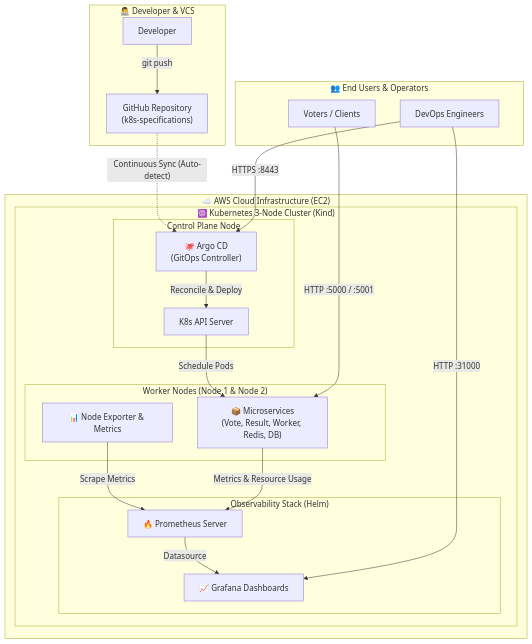
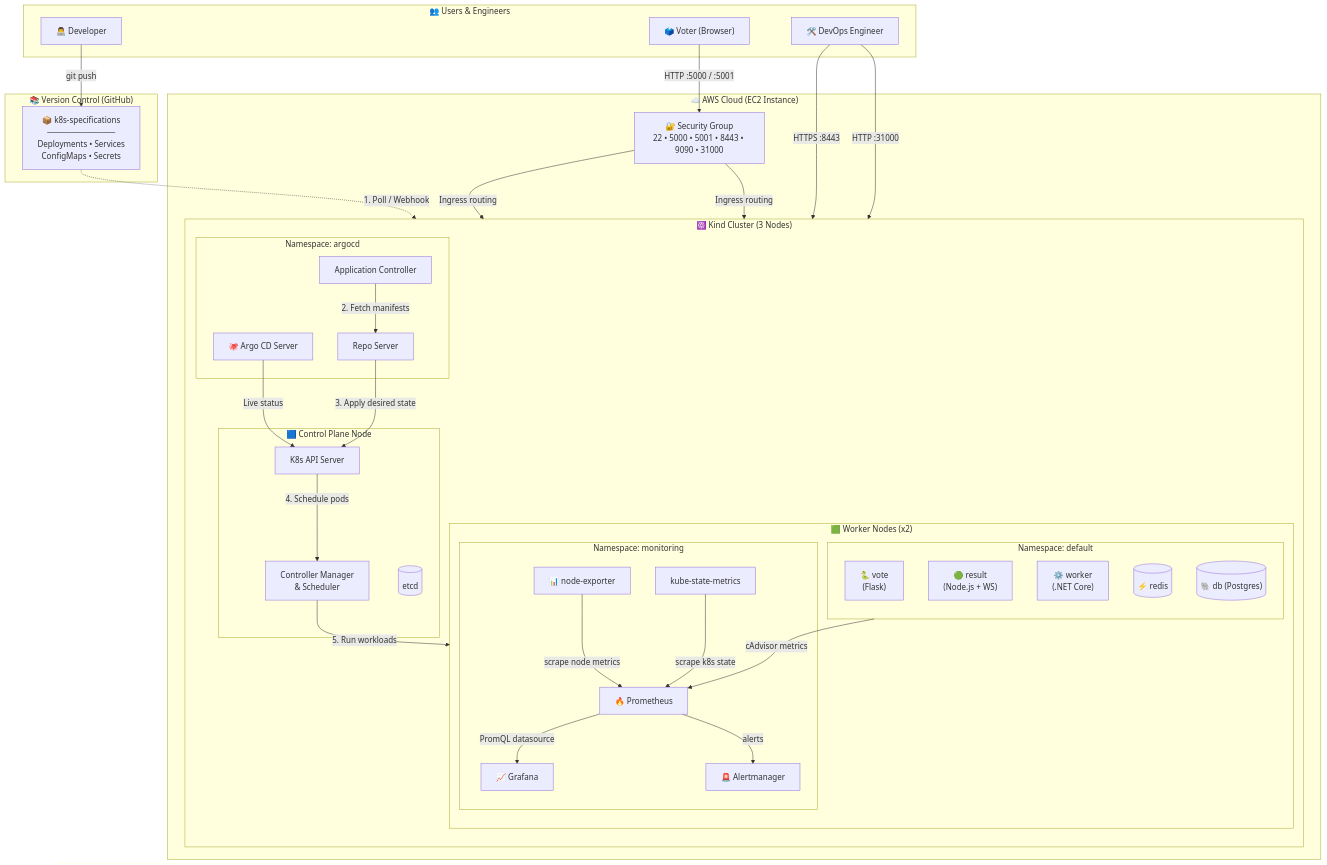
One commit to ankushp965/Voting-App-ArgoCD-Project changed the first of 5 diagrams in README.md. Above: the diagram before and after it, drawn with Mermaid. The commit also changed other lines of this file, not shown here.

````diff
--- a/README.md
+++ b/README.md
@@ -17,45 +48,75 @@
 ```mermaid
 flowchart TB
-    subgraph Developer["👨‍💻 Developer & VCS"]
-        Dev["Developer"] -->|"git push"| GitRepo["GitHub Repository<br/>(k8s-specifications)"]
+    %% ===== External Actors =====
+    subgraph Actors["👥 Users & Engineers"]
+        Dev["👨‍💻 Developer"]
+        Voter["🗳️ Voter (Browser)"]
+        Ops["🛠️ DevOps Engineer"]
     end
 
-    subgraph AWS["☁️ AWS Cloud Infrastructure (EC2)"]
-        subgraph KindCluster["☸️ Kubernetes 3-Node Cluster (Kind)"]
-            subgraph ControlPlane["Control Plane Node"]
-                ArgoCD["🐙 Argo CD<br/>(GitOps Controller)"]
-                APIServer["K8s API Server"]
+    %% ===== Source Control =====
+    subgraph VCS["📚 Version Control (GitHub)"]
+        Repo["📦 k8s-specifications<br/>────────────<br/>Deployments • Services<br/>ConfigMaps • Secrets"]
+    end
+
+    %% ===== AWS Cloud =====
+    subgraph AWS["☁️ AWS Cloud (EC2 Instance)"]
+        SG["🔐 Security Group<br/>22 • 5000 • 5001 • 8443 • 9090 • 31000"]
+
+        subgraph Kind["☸️ Kind Cluster (3 Nodes)"]
+            direction TB
+
+            subgraph CP["🟦 Control Plane Node"]
+                API["K8s API Server"]
+                ETCD[("etcd")]
+                CTRL["Controller Manager<br/>& Scheduler"]
             end
 
-            subgraph WorkerNodes["Worker Nodes (Node 1 & Node 2)"]
-                Apps["📦 Microservices<br/>(Vote, Result, Worker, Redis, DB)"]
-                NodeExporter["📊 Node Exporter & Metrics"]
+            subgraph Workers["🟩 Worker Nodes (x2)"]
+                subgraph AppNS["Namespace: default"]
+                    Vote["🐍 vote<br/>(Flask)"]
+                    Result["🟢 result<br/>(Node.js + WS)"]
+                    Worker["⚙️ worker<br/>(.NET Core)"]
+                    Redis[("⚡ redis")]
+                    PG[("🐘 db (Postgres)")]
+                end
+
+                subgraph MonNS["Namespace: monitoring"]
+                    Prom["🔥 Prometheus"]
+                    Graf["📈 Grafana"]
+                    KSM["kube-state-metrics"]
+                    NE["📊 node-exporter"]
+                    AM["🚨 Alertmanager"]
+                end
             end
 
-            subgraph Monitoring["Observability Stack (Helm)"]
-                Prometheus["🔥 Prometheus Server"]
-                Grafana["📈 Grafana Dashboards"]
+            subgraph ArgoNS["Namespace: argocd"]
+                ArgoServer["🐙 Argo CD Server"]
+                ArgoRepo["Repo Server"]
+                ArgoAppCtrl["Application Controller"]
             end
         end
     end
 
-    subgraph EndUsers["👥 End Users & Operators"]
-        Voters["Voters / Clients"]
-        Operators["DevOps Engineers"]
-    end
+    %% ===== Flows =====
+    Dev -->|"git push"| Repo
+    Repo -.->|"1. Poll / Webhook"| ArgoAppCtrl
+    ArgoAppCtrl -->|"2. Fetch manifests"| ArgoRepo
+    ArgoRepo -->|"3. Apply desired state"| API
+    API -->|"4. Schedule pods"| CTRL
+    CTRL -->|"5. Run workloads"| Workers
+    ArgoServer -->|"Live status"| API
 
-    %% GitOps Sync
-    GitRepo -.->|"Continuous Sync (Auto-detect)"| ArgoCD
-    ArgoCD -->|"Reconcile & Deploy"| APIServer
-    APIServer -->|"Schedule Pods"| Apps
+    Voter -->|"HTTP :5000 / :5001"| SG
+    SG -->|"Ingress routing"| Vote
+    SG -->|"Ingress routing"| Result
+    Ops -->|"HTTPS :8443"| ArgoServer
+    Ops -->|"HTTP :31000"| Graf
 
-    %% Monitoring Flow
-    NodeExporter -->|"Scrape Metrics"| Prometheus
-    Apps -->|"Metrics & Resource Usage"| Prometheus
-    Prometheus -->|"Datasource"| Grafana
-
-    %% User Ingress
-    Voters -->|"HTTP :5000 / :5001"| Apps
-    Operators -->|"HTTPS :8443"| ArgoCD
-    Operators -->|"HTTP :31000"| Grafana
+    %% ===== Telemetry =====
+    NE -->|"scrape node metrics"| Prom
+    KSM -->|"scrape k8s state"| Prom
+    AppNS -->|"cAdvisor metrics"| Prom
+    Prom -->|"PromQL datasource"| Graf
+    Prom -->|"alerts"| AM
 ```
````
